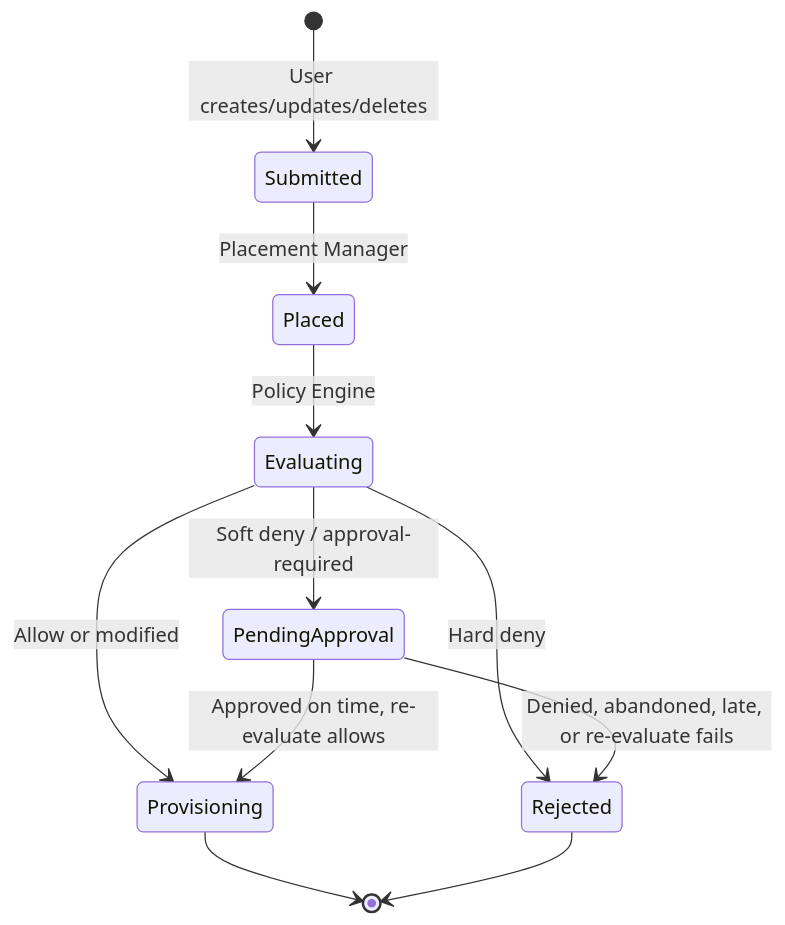
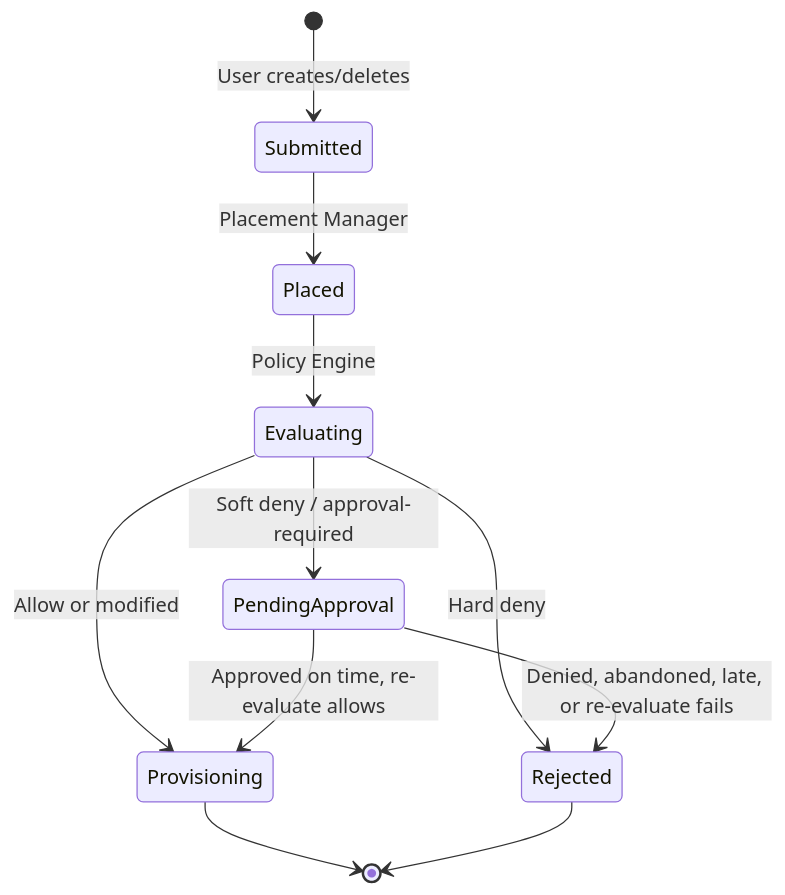
The diagram in enhancements/request-approval/use-cases.md (dcm-project/enhancements), drawn with Mermaid before and after one commit. The commit also changed other lines of this file and 1 other file, not shown here.

Commit message:
Narrow V1 ops to create and delete.

````diff
--- a/enhancements/request-approval/use-cases.md
+++ b/enhancements/request-approval/use-cases.md
@@ -20,13 +20,13 @@
 ```mermaid
 stateDiagram-v2
-    [*] --> Submitted: User creates/updates/deletes
+    [*] --> Submitted: User creates/deletes
     Submitted --> Placed: Placement Manager
     Placed --> Evaluating: Policy Engine
     Evaluating --> Provisioning: Allow or modified
     Evaluating --> Rejected: Hard deny
     Evaluating --> PendingApproval: Soft deny / approval-required
     PendingApproval --> Provisioning: Approved on time, re-evaluate allows
     PendingApproval --> Rejected: Denied, abandoned, late, or re-evaluate fails
     Provisioning --> [*]
     Rejected --> [*]
 ```
````
